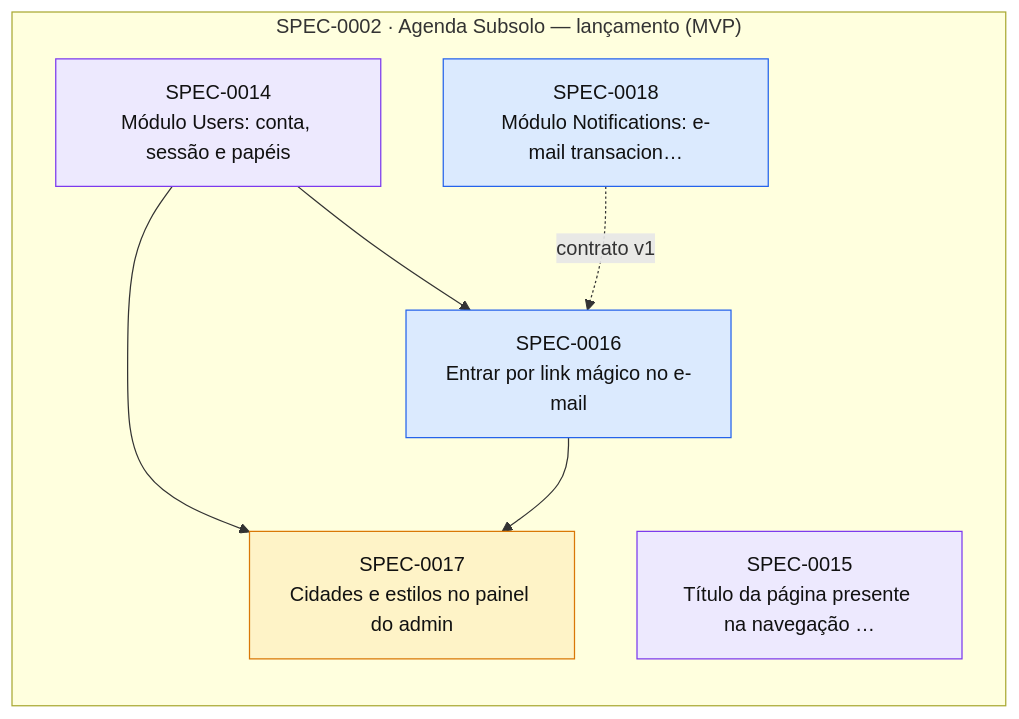
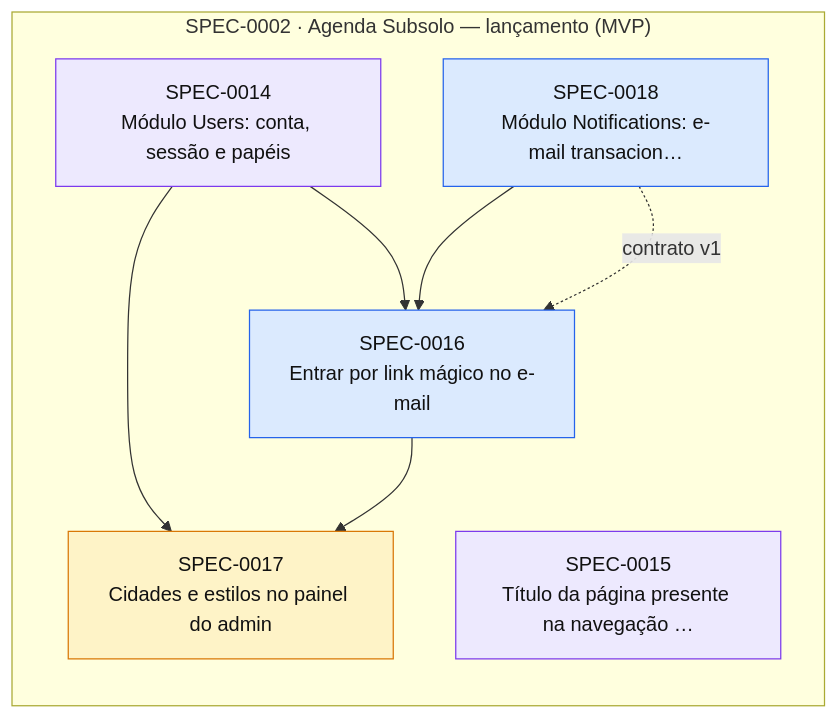
The diagram in docs/specs/INDEX.md (thomasravache/subsolo), drawn with Mermaid before and after one commit. The commit also changed other lines of this file and 3 other files, not shown here.

````diff
--- a/docs/specs/INDEX.md
+++ b/docs/specs/INDEX.md
@@ -67,19 +67,20 @@
 ```mermaid
 flowchart LR
   subgraph E0002["SPEC-0002 · Agenda Subsolo — lançamento (MVP)"]
     S0014["SPEC-0014<br/>Módulo Users: conta, sessão e papéis"]:::inprogress
     S0015["SPEC-0015<br/>Título da página presente na navegação …"]:::inprogress
     S0016["SPEC-0016<br/>Entrar por link mágico no e-mail"]:::approved
     S0017["SPEC-0017<br/>Cidades e estilos no painel do admin"]:::proposed
     S0018["SPEC-0018<br/>Módulo Notifications: e-mail transacion…"]:::approved
   end
   S0014 --> S0016
+  S0018 --> S0016
   S0018 -. contrato v1 .-> S0016
   S0014 --> S0017
   S0016 --> S0017
   classDef proposed fill:#fef3c7,stroke:#d97706,color:#111
   classDef approved fill:#dbeafe,stroke:#2563eb,color:#111
   classDef inprogress fill:#ede9fe,stroke:#7c3aed,color:#111
   classDef implemented fill:#dcfce7,stroke:#16a34a,color:#111
   classDef deprecated fill:#f3f4f6,stroke:#9ca3af,color:#6b7280
 ```
````
